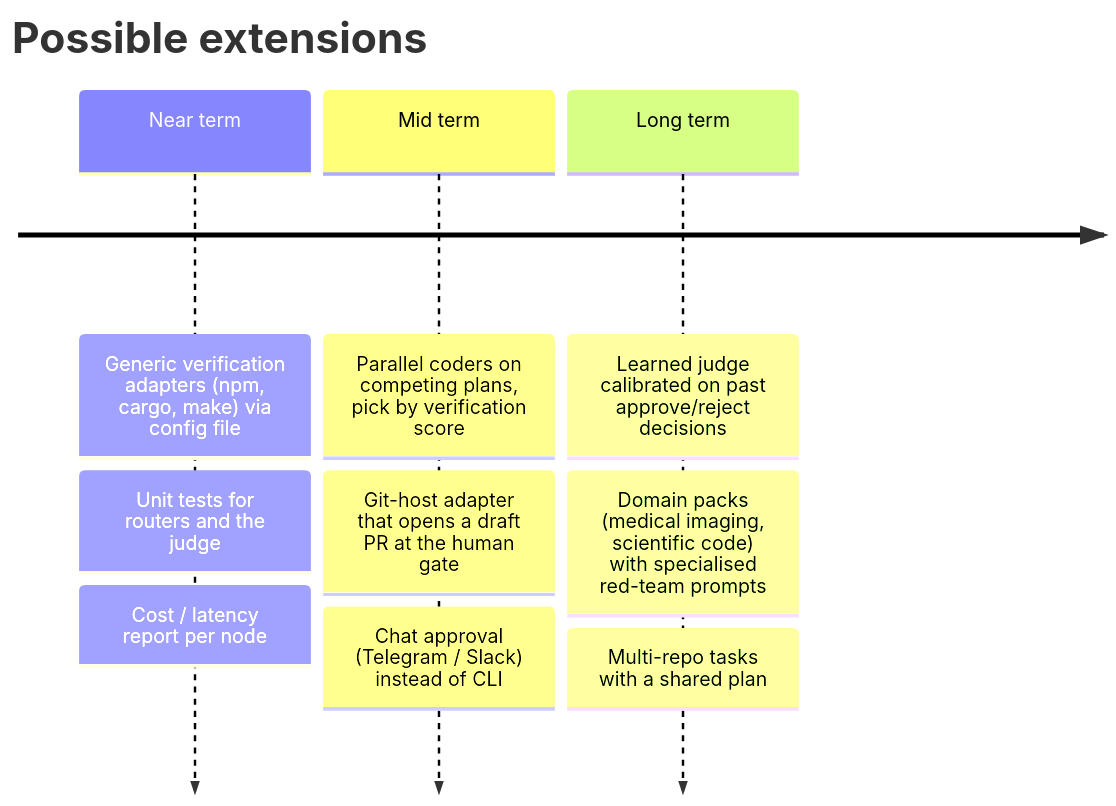
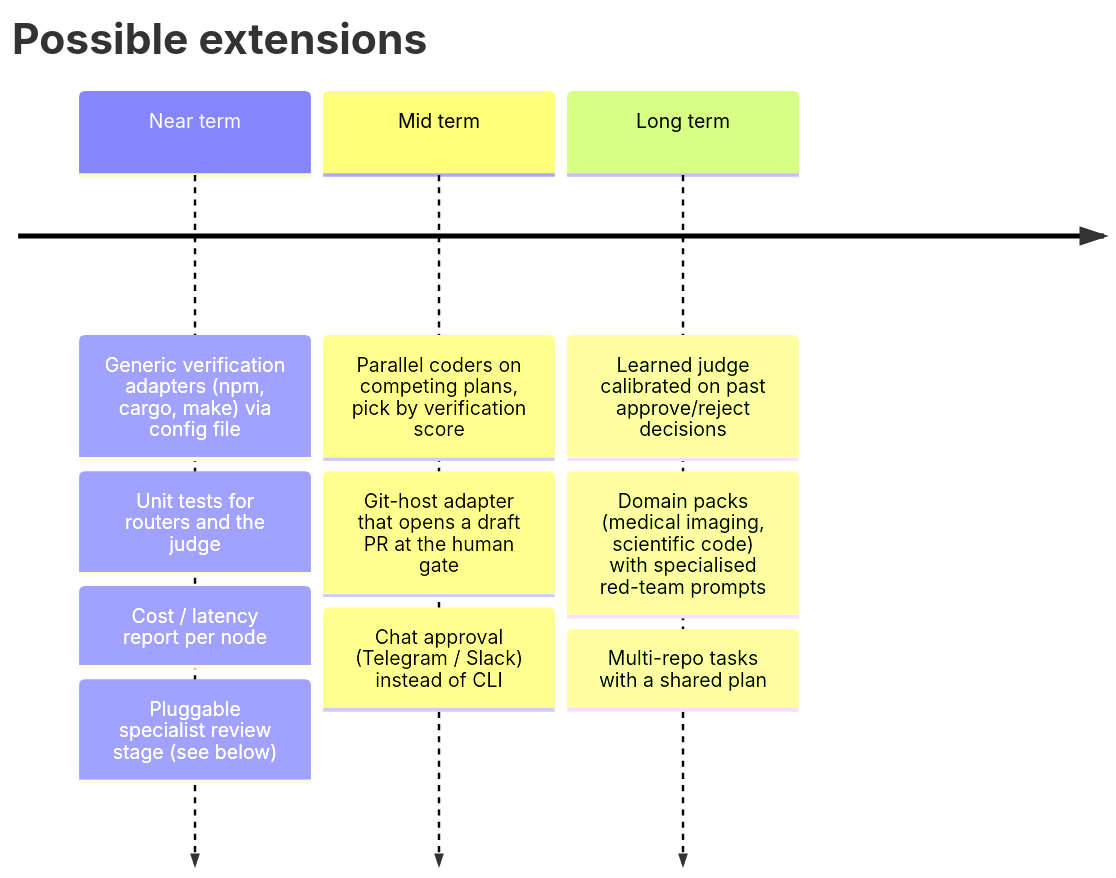
Before and after one commit to RiMoMa/opencode-langgraph-loop: the second of 2 diagrams in README.md, drawn with Mermaid. The commit also changed other lines of this file, not shown here.

First line of the commit message:
Docs: roadmap for specialist code-review stage

````diff
--- a/README.md
+++ b/README.md
@@ -90,13 +90,14 @@
 ```mermaid
 timeline
   title Possible extensions
   Near term : Generic verification adapters (npm, cargo, make) via config file
             : Unit tests for routers and the judge
             : Cost / latency report per node
+            : Pluggable specialist review stage (see below)
   Mid term  : Parallel coders on competing plans, pick by verification score
             : Git-host adapter that opens a draft PR at the human gate
             : Chat approval (Telegram / Slack) instead of CLI
   Long term : Learned judge calibrated on past approve/reject decisions
             : Domain packs (medical imaging, scientific code) with specialised red-team prompts
             : Multi-repo tasks with a shared plan
 ```
````
